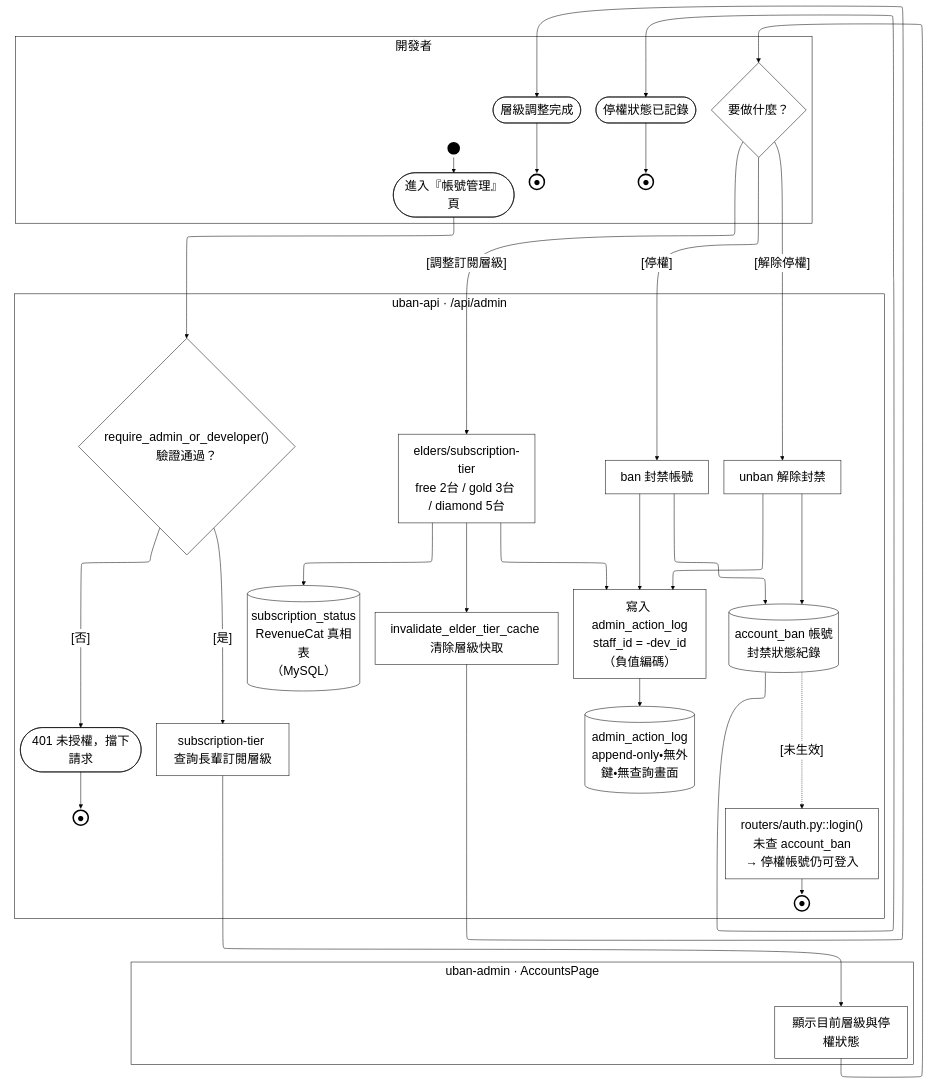
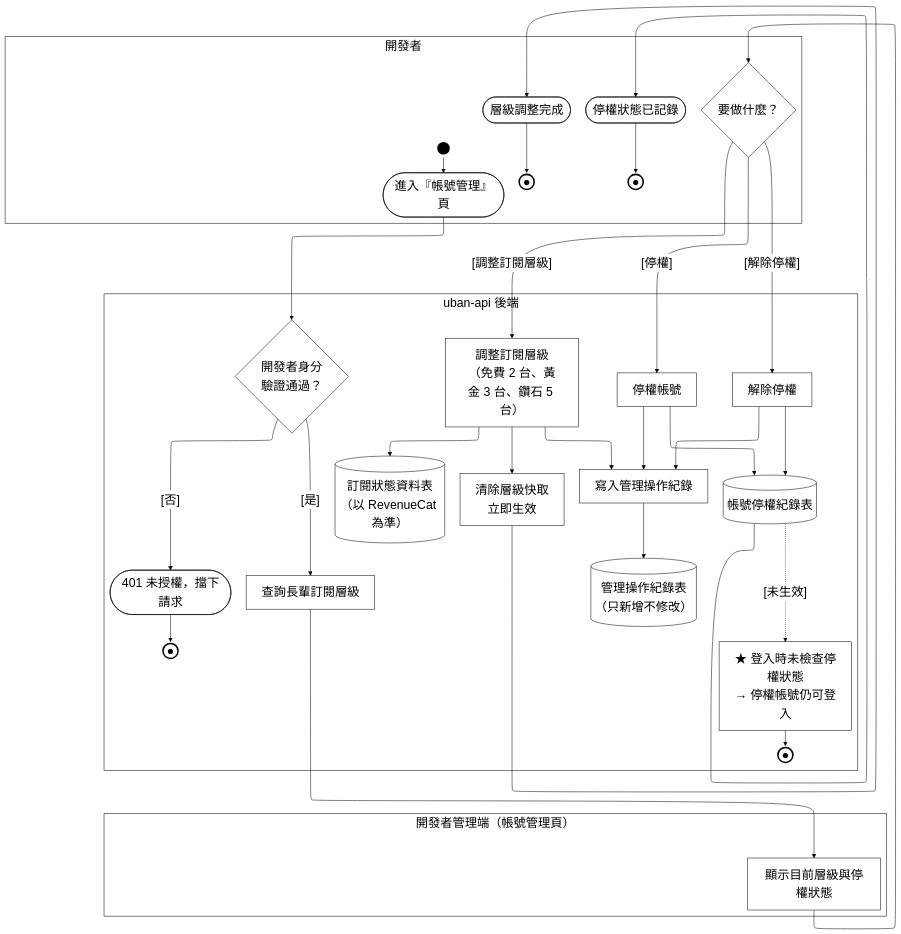
One commit to HuangYu-Kai/Uban changed the diagram in Uban System Documents/mermaid原始碼/A27-權限管理.mmd. Above: the diagram before and after it, drawn with Mermaid. The commit also changed 32 other files, not shown here.

```diff
--- a/Uban System Documents/mermaid原始碼/A27-權限管理.mmd
+++ b/Uban System Documents/mermaid原始碼/A27-權限管理.mmd
@@ -1,66 +1,66 @@
 %%{init:{"layout":"elk","elk":{"mergeEdges":false,"nodePlacementStrategy":"NETWORK_SIMPLEX"},"flowchart":{"htmlLabels":true},"themeVariables":{"clusterBkg":"#FFFFFF","clusterBorder":"#000000","edgeLabelBackground":"#FFFFFF","textColor":"#000000","nodeTextColor":"#000000","titleColor":"#000000","lineColor":"#000000","fontSize":"24px"}}}%%
 flowchart TD
   subgraph ROLE["開發者"]
     PAD_ROLE["&nbsp;&nbsp;&nbsp;&nbsp;&nbsp;&nbsp;&nbsp;&nbsp;&nbsp;&nbsp;&nbsp;&nbsp;&nbsp;&nbsp;&nbsp;&nbsp;&nbsp;&nbsp;&nbsp;&nbsp;&nbsp;&nbsp;&nbsp;&nbsp;&nbsp;&nbsp;&nbsp;&nbsp;&nbsp;&nbsp;&nbsp;&nbsp;&nbsp;&nbsp;&nbsp;&nbsp;&nbsp;&nbsp;&nbsp;&nbsp;&nbsp;&nbsp;&nbsp;&nbsp;&nbsp;&nbsp;&nbsp;&nbsp;&nbsp;&nbsp;&nbsp;&nbsp;&nbsp;&nbsp;&nbsp;&nbsp;&nbsp;&nbsp;&nbsp;&nbsp;&nbsp;&nbsp;&nbsp;&nbsp;&nbsp;&nbsp;&nbsp;&nbsp;&nbsp;&nbsp;&nbsp;&nbsp;&nbsp;&nbsp;&nbsp;&nbsp;&nbsp;&nbsp;&nbsp;&nbsp;&nbsp;&nbsp;&nbsp;&nbsp;&nbsp;&nbsp;&nbsp;&nbsp;&nbsp;&nbsp;&nbsp;&nbsp;&nbsp;&nbsp;&nbsp;&nbsp;&nbsp;&nbsp;&nbsp;&nbsp;&nbsp;&nbsp;&nbsp;&nbsp;&nbsp;&nbsp;&nbsp;&nbsp;&nbsp;&nbsp;&nbsp;&nbsp;"]:::pad
     ST_S1(("&nbsp;")):::term
     S1([進入『帳號管理』頁]):::act
     S2{"要做什麼？"}:::dec
     S3(["層級調整完成"]):::act
     EN_S3(("●")):::endterm
     S4(["停權狀態已記錄"]):::act
     EN_S4(("●")):::endterm
   end
-  subgraph FE["uban-admin · AccountsPage"]
+  subgraph FE["開發者管理端（帳號管理頁）"]
     PAD_FE["&nbsp;&nbsp;&nbsp;&nbsp;&nbsp;&nbsp;&nbsp;&nbsp;&nbsp;&nbsp;&nbsp;&nbsp;&nbsp;&nbsp;&nbsp;&nbsp;&nbsp;&nbsp;&nbsp;&nbsp;&nbsp;&nbsp;&nbsp;&nbsp;&nbsp;&nbsp;&nbsp;&nbsp;&nbsp;&nbsp;&nbsp;&nbsp;&nbsp;&nbsp;&nbsp;&nbsp;&nbsp;&nbsp;&nbsp;&nbsp;&nbsp;&nbsp;&nbsp;&nbsp;&nbsp;&nbsp;&nbsp;&nbsp;&nbsp;&nbsp;&nbsp;&nbsp;&nbsp;&nbsp;&nbsp;&nbsp;&nbsp;&nbsp;&nbsp;&nbsp;&nbsp;&nbsp;&nbsp;&nbsp;&nbsp;&nbsp;&nbsp;&nbsp;&nbsp;&nbsp;&nbsp;&nbsp;&nbsp;&nbsp;&nbsp;&nbsp;&nbsp;&nbsp;&nbsp;&nbsp;&nbsp;&nbsp;&nbsp;&nbsp;&nbsp;&nbsp;&nbsp;&nbsp;&nbsp;&nbsp;&nbsp;&nbsp;&nbsp;&nbsp;&nbsp;&nbsp;&nbsp;&nbsp;&nbsp;&nbsp;&nbsp;&nbsp;&nbsp;&nbsp;&nbsp;&nbsp;&nbsp;&nbsp;&nbsp;&nbsp;&nbsp;&nbsp;&nbsp;&nbsp;&nbsp;&nbsp;&nbsp;&nbsp;&nbsp;&nbsp;&nbsp;&nbsp;&nbsp;&nbsp;&nbsp;&nbsp;&nbsp;&nbsp;&nbsp;&nbsp;&nbsp;&nbsp;&nbsp;&nbsp;&nbsp;&nbsp;&nbsp;&nbsp;&nbsp;&nbsp;&nbsp;&nbsp;&nbsp;&nbsp;&nbsp;&nbsp;&nbsp;&nbsp;&nbsp;&nbsp;&nbsp;&nbsp;&nbsp;&nbsp;&nbsp;&nbsp;&nbsp;&nbsp;&nbsp;&nbsp;&nbsp;&nbsp;&nbsp;&nbsp;&nbsp;&nbsp;&nbsp;&nbsp;&nbsp;&nbsp;&nbsp;&nbsp;&nbsp;&nbsp;"]:::pad
     A1["顯示目前層級與停權狀態"]:::act
   end
-  subgraph BE["uban-api · /api/admin"]
-    G0{"require_admin_or_developer()<br/>驗證通過？"}:::dec
-    B1["subscription-tier 查詢長輩訂閱層級"]:::act
-    B2["elders/subscription-tier<br/>free 2台 / gold 3台 / diamond 5台"]:::act
-    B3["invalidate_elder_tier_cache 清除層級快取"]:::act
-    B4["ban 封禁帳號"]:::act
-    B5["unban 解除封禁"]:::act
-    B6["寫入 admin_action_log<br/>staff_id = -dev_id（負值編碼）"]:::act
-    D1[("subscription_status<br/>RevenueCat 真相表<br/>（MySQL）")]:::act
-    D2[("account_ban 帳號封禁狀態紀錄")]:::act
-    D3[("admin_action_log<br/>append-only・無外鍵・無查詢畫面")]:::act
-    N1["routers/auth.py::login()<br/>未查 account_ban<br/>→ 停權帳號仍可登入"]:::act
+  subgraph BE["uban-api 後端"]
+    G0{"開發者身分<br/>驗證通過？"}:::dec
+    B1["查詢長輩訂閱層級"]:::act
+    B2["調整訂閱層級<br/>（免費 2 台、黃金 3 台、鑽石 5 台）"]:::act
+    B3["清除層級快取<br/>立即生效"]:::act
+    B4["停權帳號"]:::act
+    B5["解除停權"]:::act
+    B6["寫入管理操作紀錄"]:::act
+    D1[("訂閱狀態資料表<br/>（以 RevenueCat 為準）")]:::act
+    D2[("帳號停權紀錄表")]:::act
+    D3[("管理操作紀錄表<br/>（只新增不修改）")]:::act
+    N1["★ 登入時未檢查停權狀態<br/>→ 停權帳號仍可登入"]:::act
     EN_N1(("●")):::endterm
     X(["401 未授權，擋下請求"]):::act
     EN_X(("●")):::endterm
   end
 
   ST_S1 --> S1
   S1 --> G0
   G0 -->|"[否]"| X
   G0 -->|"[是]"| B1
   B1 --> A1
   A1 --> S2
   S2 -->|"[調整訂閱層級]"| B2
   B2 --> D1
   B2 --> B3
   B3 --> S3
   S2 -->|"[停權]"| B4
   B4 --> D2
   D2 --> S4
   S2 -->|"[解除停權]"| B5
   B5 --> D2
   B2 --> B6
   B6 --> D3
   B4 --> B6
   B5 --> B6
   D2 -.->|"[未生效]"| N1
   S3 --> EN_S3
   S4 --> EN_S4
   N1 --> EN_N1
   X --> EN_X
   %% 鎖住泳道順序：ELK 不照宣告順序排，沒有這條鏈後端會跑到最上面
   ROLE ~~~ FE ~~~ BE
 
   classDef pad  fill:none,stroke:none,color:#FFFFFF
   classDef act  fill:#FFFFFF,stroke:#000000,stroke-width:1px,color:#000000
   classDef dec  fill:#FFFFFF,stroke:#000000,stroke-width:1px,color:#000000
   classDef term fill:#000000,stroke:#000000,stroke-width:3px,color:#000000
   classDef endterm fill:#FFFFFF,stroke:#000000,stroke-width:3px,color:#000000
   classDef gap  fill:#FFFFFF,stroke:#000000,stroke-width:1px,color:#000000,stroke-dasharray:4 3
```
